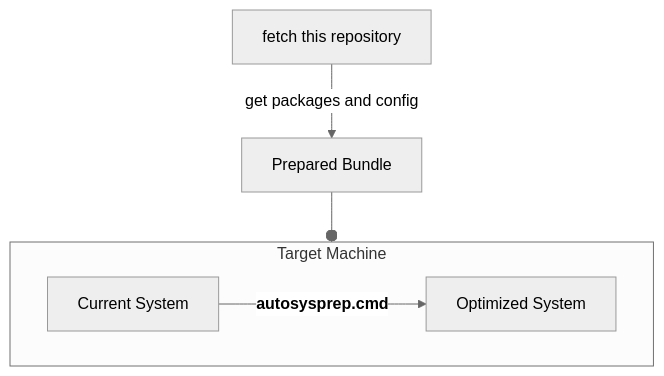
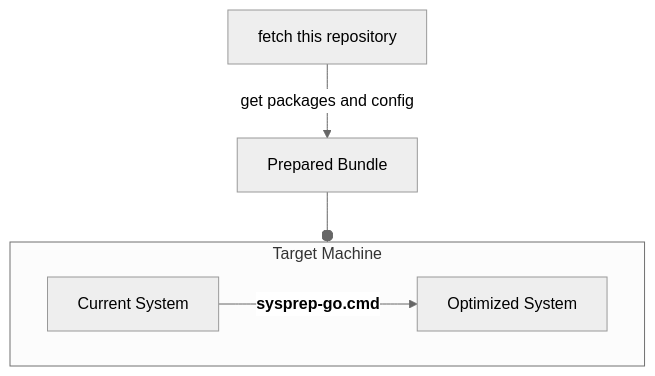
Before and after one commit to neo-sam/mysysprep: the second of 2 diagrams in README.md, drawn with Mermaid (neutral theme). The commit also changed other lines of this file and 142 other files, not shown here.

````diff
--- a/README.md
+++ b/README.md
@@ -41,8 +41,8 @@
 ```mermaid
 flowchart TB
   fetch[fetch this repository] -- get packages and config --> bundle[Prepared Bundle]
   subgraph config [Target Machine]
-      old[Current System] -- <b>autosysprep.cmd</b> --> new[Optimized System]
+      old[Current System] -- <b>sysprep-go.cmd</b> --> new[Optimized System]
   end
   bundle --o config
 ```
````
